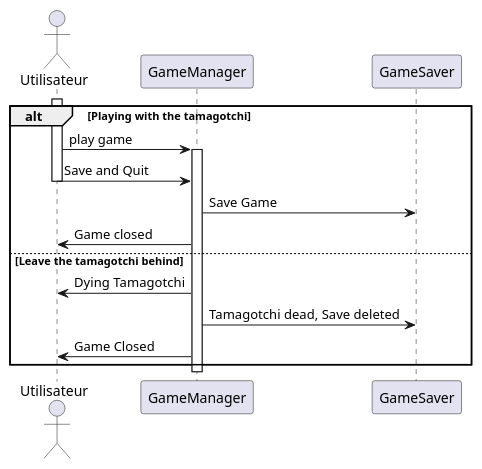
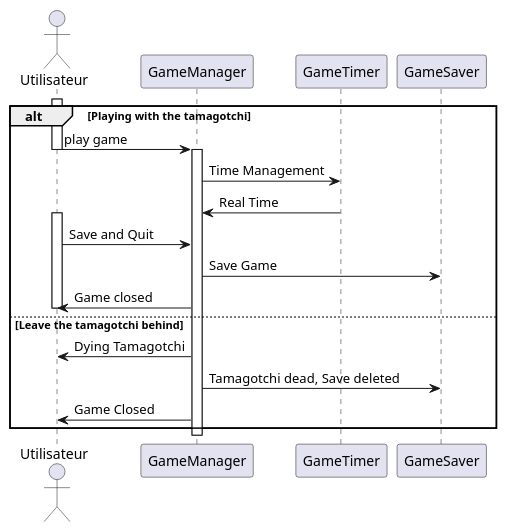
Before and after one commit to TheoGicquel/EggFriend: the diagram in docs/plantUML/EndGameSeq.plantuml, drawn with PlantUML.

Commit message:
remodif ancien

```diff
--- a/docs/plantUML/EndGameSeq.plantuml
+++ b/docs/plantUML/EndGameSeq.plantuml
@@ -2,45 +2,51 @@
 @startuml game manager
 /' Guide : https://plantuml.com/en/sequence-diagram '/
 
 /'Connection au jeu et reccupération'/
     Actor Utilisateur
 
 
 alt Playing with the tamagotchi
 
     activate Utilisateur
 
 
     Utilisateur -> GameManager : play game
     
+    deactivate Utilisateur
+
     activate GameManager
 
+    GameManager -> GameTimer : Time Management
+
+    GameTimer -> GameManager : Real Time
+
+    activate Utilisateur
+
     Utilisateur -> GameManager : Save and Quit
-
-    deactivate Utilisateur
 
     GameManager -> GameSaver : Save Game
 
     GameManager -> Utilisateur : Game closed
 
     deactivate Utilisateur
 
 else Leave the tamagotchi behind
 
 
 
     GameManager -> Utilisateur : Dying Tamagotchi
 
     GameManager -> GameSaver : Tamagotchi dead, Save deleted
 
     GameManager -> Utilisateur : Game Closed
 end
 
     deactivate GameManager
 
 
 
     
 
 
 @enduml
```
